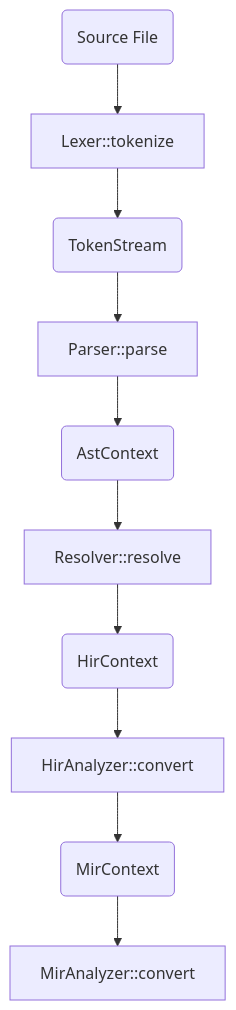
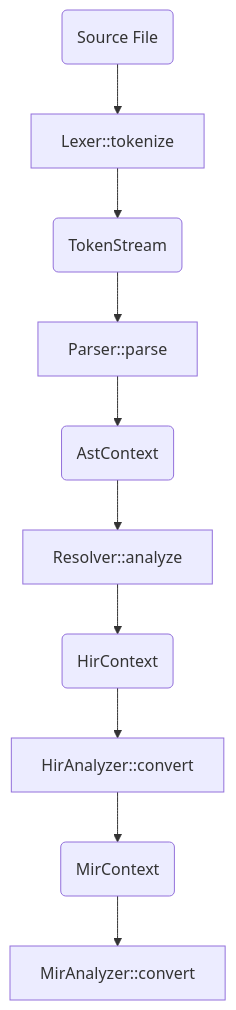
One commit to pugur523/redy changed the first of 2 diagrams in src/frontend/README.md. Above: the diagram before and after it, drawn with Mermaid. The commit also changed 2 other files, not shown here.

Commit message:
feat(resolver): add required fields for resolver

````diff
--- a/src/frontend/README.md
+++ b/src/frontend/README.md
@@ -55,12 +55,12 @@
 ```mermaid
 flowchart TD
     A(Source File) --> B[Lexer::tokenize]
     B --> C(TokenStream)
     C --> D[Parser::parse]
     D --> E(AstContext)
-    E --> F[Resolver::resolve]
+    E --> F[Resolver::analyze]
     F --> G(HirContext)
     G --> H[HirAnalyzer::convert]
     H --> I(MirContext)
     I --> J[MirAnalyzer::convert]
 ```
````
